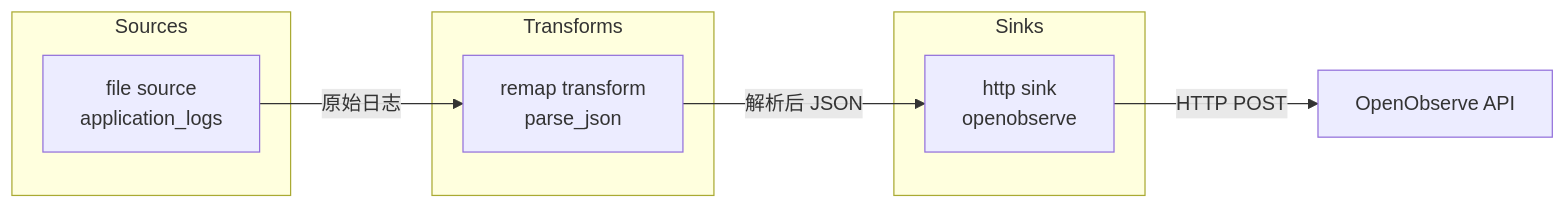
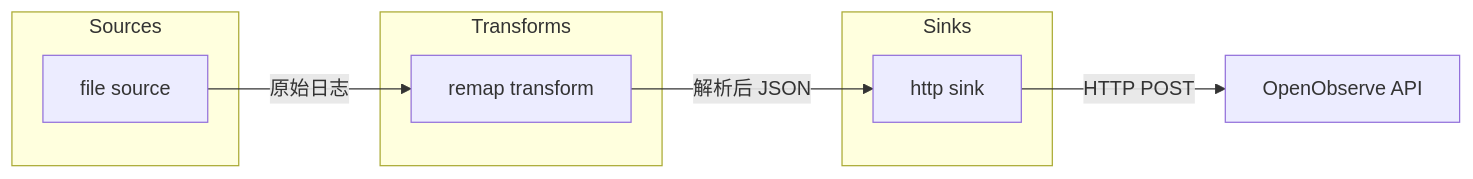
Before and after one commit to shenmuegit/shenmuegit.github.io: the second of 2 diagrams in observability/docs/02-Vector部署/01-DaemonSet配置与部署.md, drawn with Mermaid. The commit also changed other lines of this file and 1 other file, not shown here.

Commit message:
Update sequence diagram in OpenObserve documentation for improved clarity by refining labels and ensuring consistent formatting.

````diff
--- a/observability/docs/02-Vector部署/01-DaemonSet配置与部署.md
+++ b/observability/docs/02-Vector部署/01-DaemonSet配置与部署.md
@@ -288,18 +288,18 @@
 ```mermaid
 flowchart LR
     subgraph Sources
-        A[file source<br/>application_logs]
+        A[file source]
     end
     
     subgraph Transforms
-        B[remap transform<br/>parse_json]
+        B[remap transform]
     end
     
     subgraph Sinks
-        C[http sink<br/>openobserve]
+        C[http sink]
     end
     
     A -->|原始日志| B
     B -->|解析后 JSON| C
     C -->|HTTP POST| D[OpenObserve API]
 ```
````
